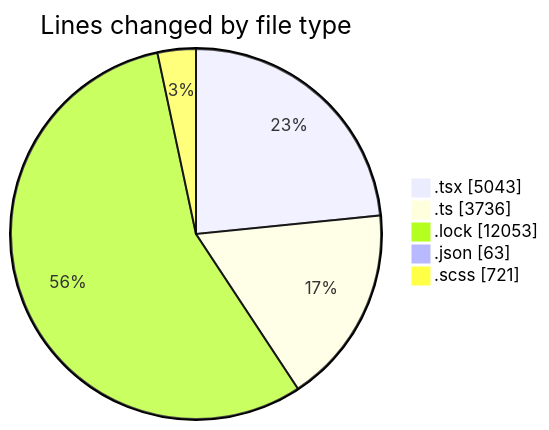
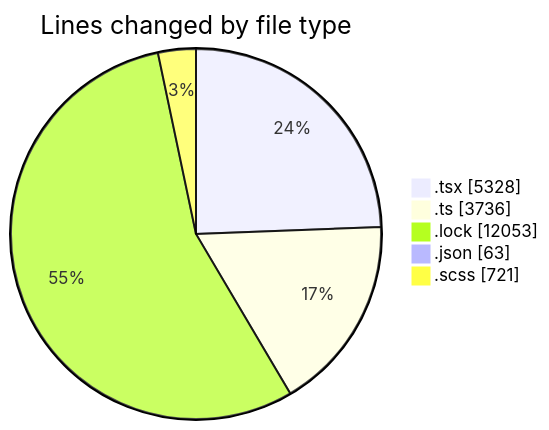
The first of 2 diagrams in 2025-12-03/cda/README.md (momahboobian/code-tracking), drawn with Mermaid before and after one commit. The commit also changed other lines of this file and 1 other file, not shown here.

````diff
--- a/2025-12-03/cda/README.md
+++ b/2025-12-03/cda/README.md
@@ -32,9 +32,9 @@
 ```mermaid
 pie showData
 title Lines changed by file type
-".tsx" : 5043
+".tsx" : 5328
 ".ts" : 3736
 ".lock" : 12053
 ".json" : 63
 ".scss" : 721
 ```
````
